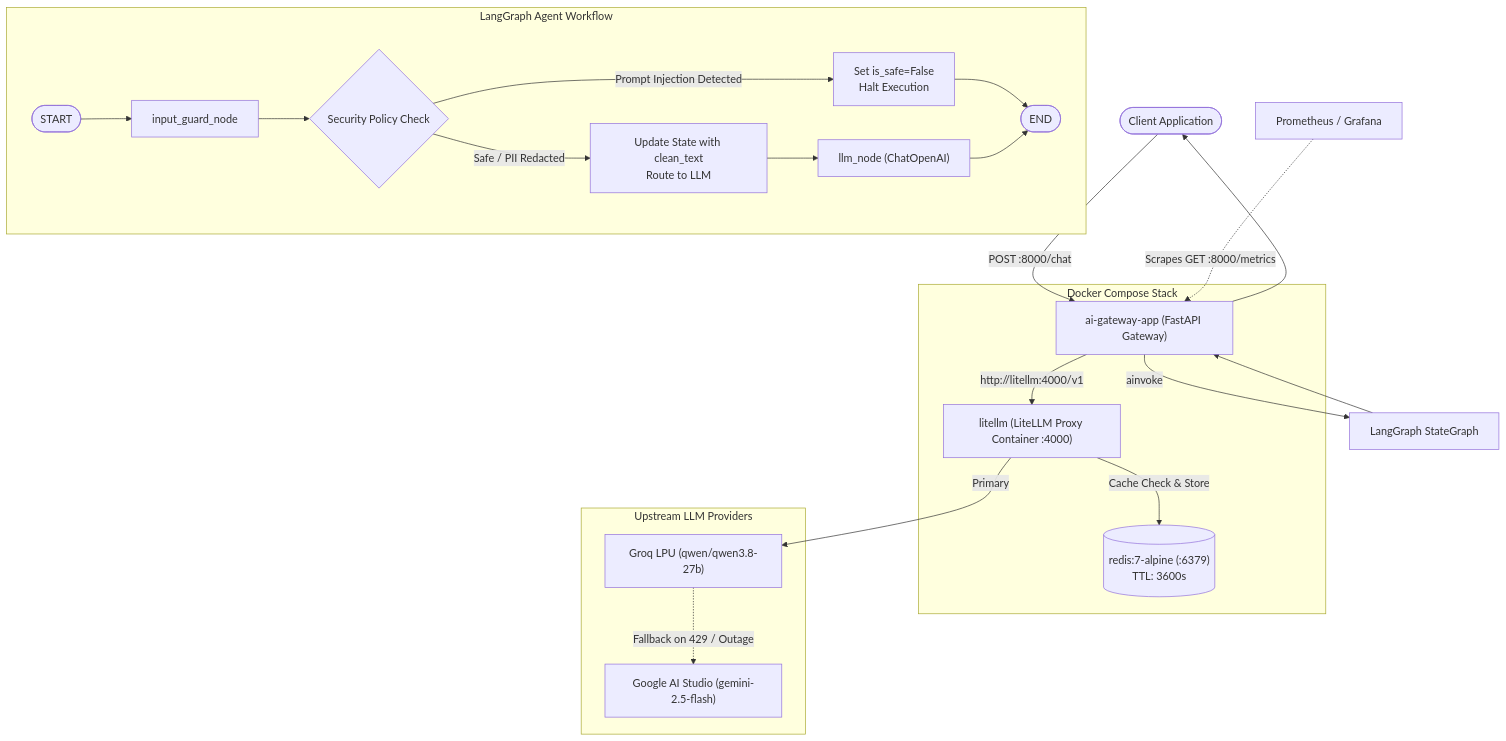
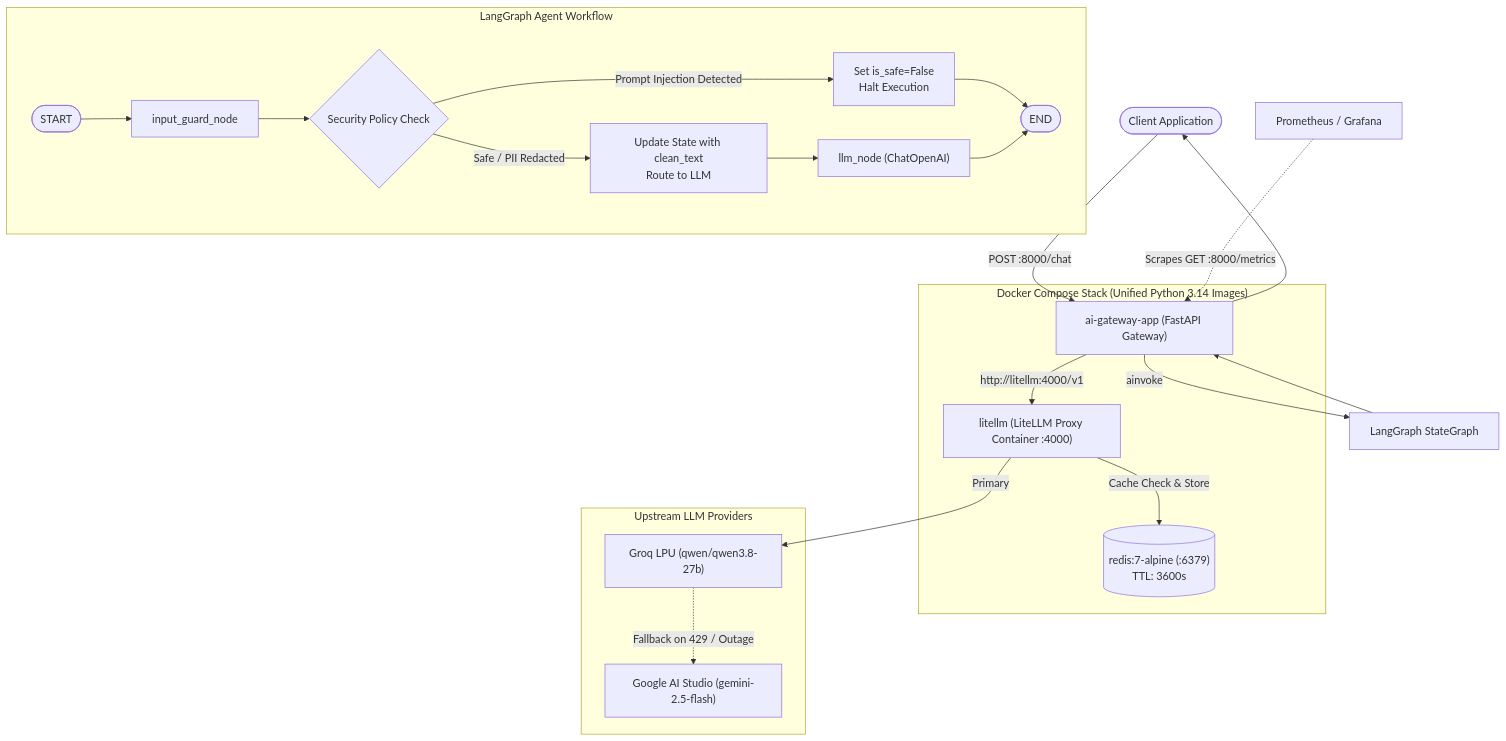
Before and after one commit to vasuvamsi/enterprise-ai-gateway: the diagram in README.md, drawn with Mermaid. The commit also changed other lines of this file and 3 other files, not shown here.

Commit message:
refactor: upgrade Docker environment to Python 3.14 and unify LiteLLM build service

````diff
--- a/README.md
+++ b/README.md
@@ -11,29 +11,29 @@
 ```mermaid
 flowchart TD
     Client(["Client Application"]) -->|POST :8000/chat| Gateway["ai-gateway-app (FastAPI Gateway)"]
     Gateway -->|ainvoke| Graph["LangGraph StateGraph"]
 
     subgraph StateMachine ["LangGraph Agent Workflow"]
         Start([START]) --> GuardNode["input_guard_node"]
         GuardNode --> Check{Security Policy Check}
         Check -->|Prompt Injection Detected| Blocked["Set is_safe=False<br/>Halt Execution"]
         Check -->|Safe / PII Redacted| RouteLLM["Update State with clean_text<br/>Route to LLM"]
         RouteLLM --> LLMNode["llm_node (ChatOpenAI)"]
         Blocked --> EndNode([END])
         LLMNode --> EndNode
     end
 
-    subgraph DockerCompose ["Docker Compose Stack"]
+    subgraph DockerCompose ["Docker Compose Stack (Unified Python 3.14 Images)"]
         Gateway -->|http://litellm:4000/v1| LiteLLM["litellm (LiteLLM Proxy Container :4000)"]
         LiteLLM -->|Cache Check & Store| Redis[("redis:7-alpine (:6379)<br/>TTL: 3600s")]
     end
 
     subgraph UpstreamProviders ["Upstream LLM Providers"]
         LiteLLM -->|Primary| Groq["Groq LPU (qwen/qwen3.8-27b)"]
         Groq -.->|Fallback on 429 / Outage| Gemini["Google AI Studio (gemini-2.5-flash)"]
     end
 
     Graph --> Gateway
     Gateway --> Client
     Prometheus["Prometheus / Grafana"] -.->|Scrapes GET :8000/metrics| Gateway
 ```
````
